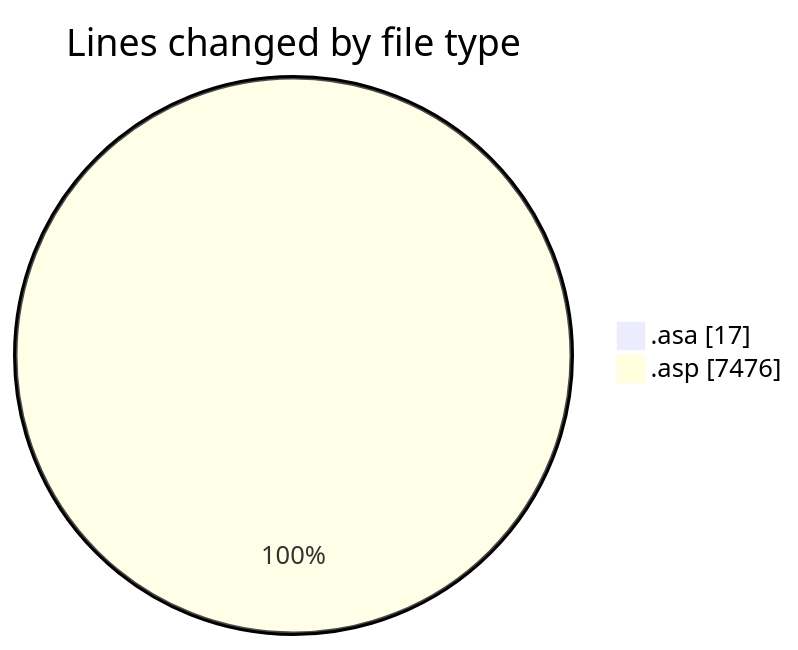
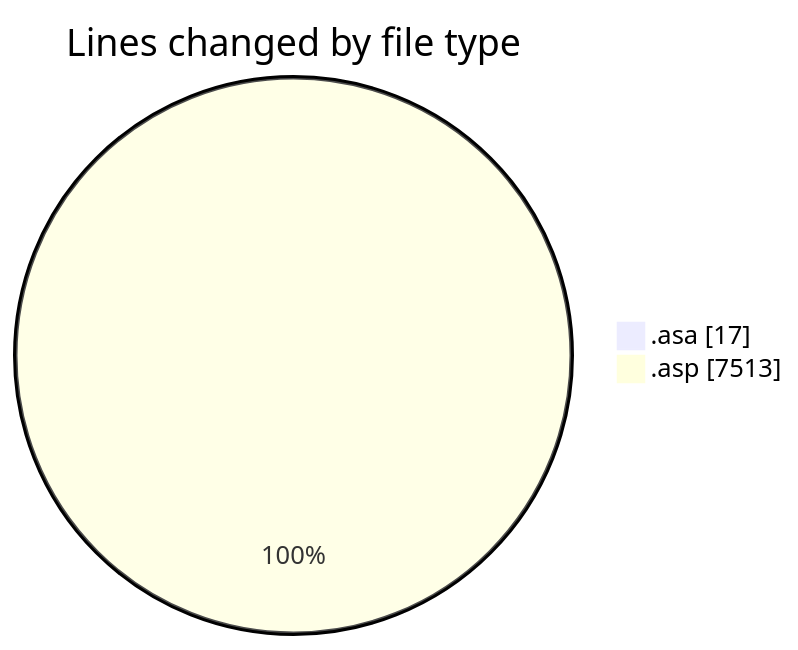
Before and after one commit to julien-gomy/code-tracking: the first of 2 diagrams in 2025-11-06/usr_aleoudev_fr__workspace_/README.md, drawn with Mermaid. The commit also changed other lines of this file and 1 other file, not shown here.

````diff
--- a/2025-11-06/usr_aleoudev_fr__workspace_/README.md
+++ b/2025-11-06/usr_aleoudev_fr__workspace_/README.md
@@ -24,6 +24,6 @@
 ```mermaid
 pie showData
 title Lines changed by file type
 ".asa" : 17
-".asp" : 7476
+".asp" : 7513
 ```
````
